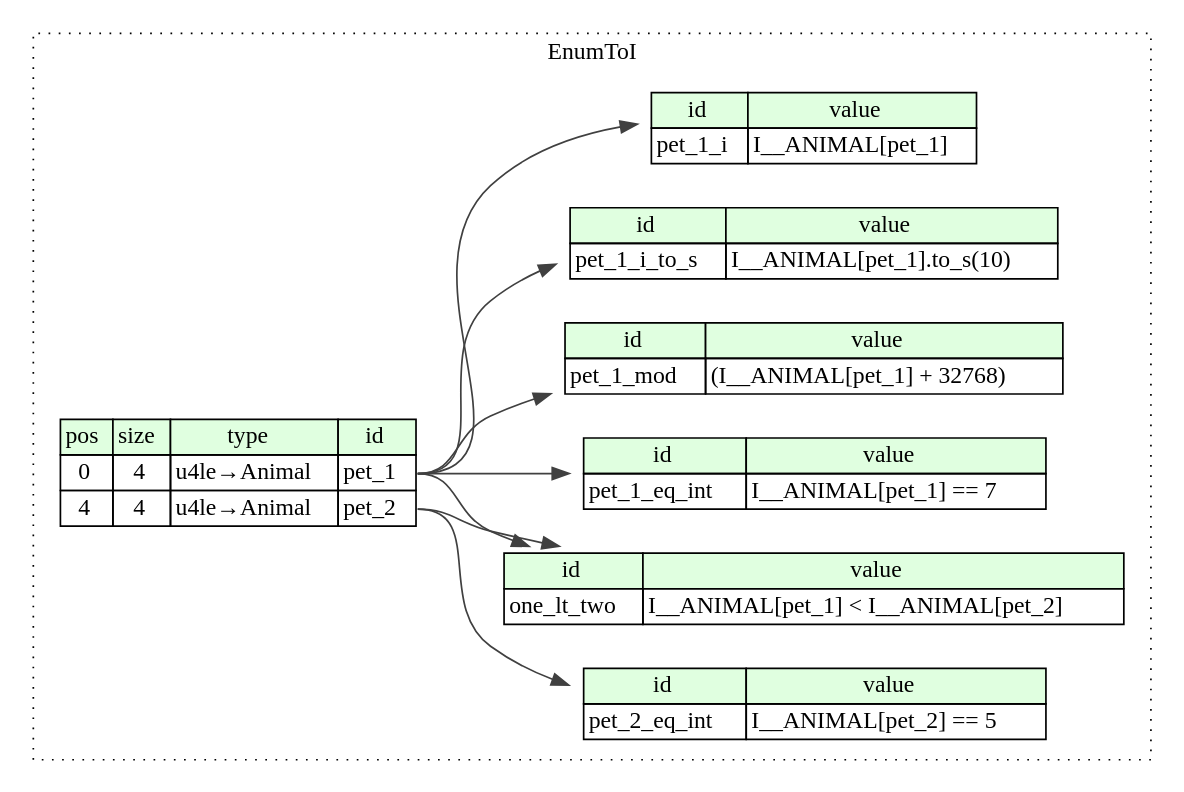
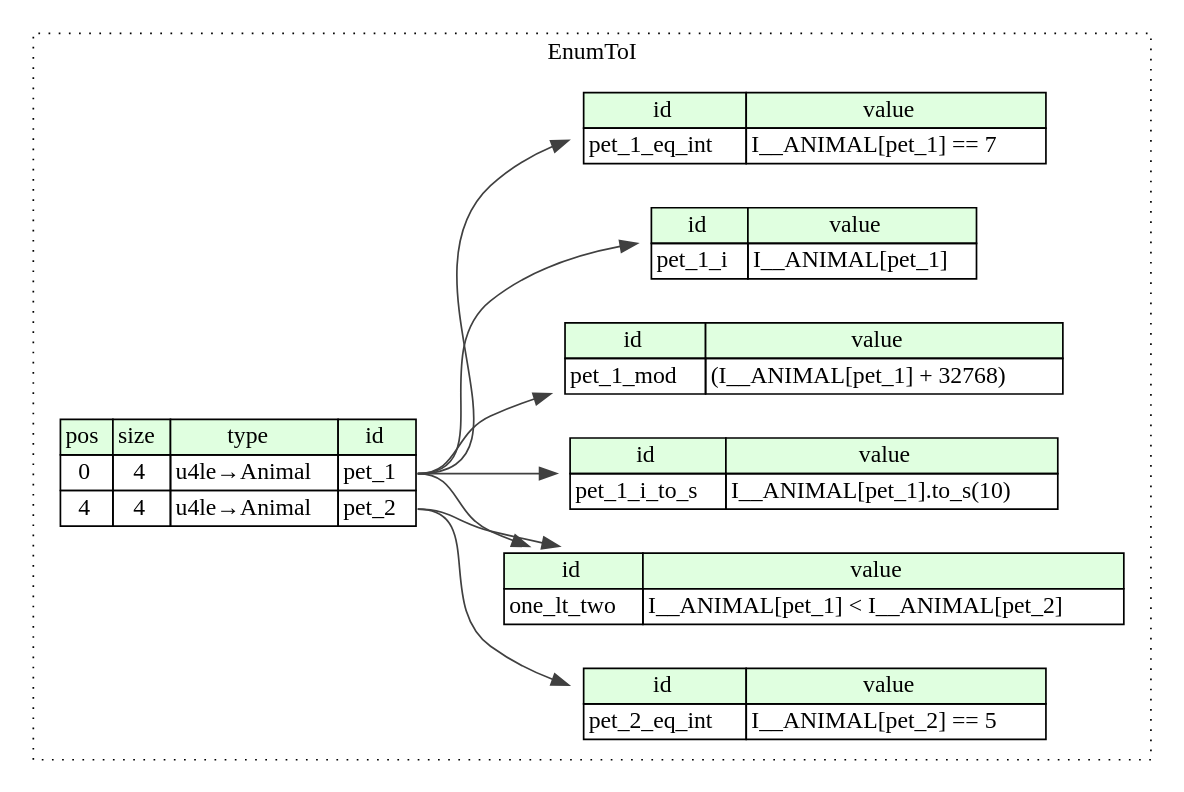
Before and after one commit to kaitai-io/ci_targets: the diagram in compiled/graphviz/enum_to_i.dot, drawn with Graphviz. The commit also changed other lines of this file and 388 other files, not shown here.

```diff
--- a/compiled/graphviz/enum_to_i.dot
+++ b/compiled/graphviz/enum_to_i.dot
@@ -1,45 +1,45 @@
 digraph {
 	rankdir=LR;
 	node [shape=plaintext];
 	subgraph cluster__enum_to_i {
 		label="EnumToI";
 		graph[style=dotted];
 
 		enum_to_i__seq [label=<<TABLE BORDER="0" CELLBORDER="1" CELLSPACING="0">
 			<TR><TD BGCOLOR="#E0FFE0">pos</TD><TD BGCOLOR="#E0FFE0">size</TD><TD BGCOLOR="#E0FFE0">type</TD><TD BGCOLOR="#E0FFE0">id</TD></TR>
 			<TR><TD PORT="pet_1_pos">0</TD><TD PORT="pet_1_size">4</TD><TD>u4le→Animal</TD><TD PORT="pet_1_type">pet_1</TD></TR>
 			<TR><TD PORT="pet_2_pos">4</TD><TD PORT="pet_2_size">4</TD><TD>u4le→Animal</TD><TD PORT="pet_2_type">pet_2</TD></TR>
 		</TABLE>>];
-		enum_to_i__inst__pet_1_i_to_s [label=<<TABLE BORDER="0" CELLBORDER="1" CELLSPACING="0">
-			<TR><TD BGCOLOR="#E0FFE0">id</TD><TD BGCOLOR="#E0FFE0">value</TD></TR>
-			<TR><TD>pet_1_i_to_s</TD><TD>I__ANIMAL[pet_1].to_s(10)</TD></TR>
-		</TABLE>>];
 		enum_to_i__inst__pet_1_i [label=<<TABLE BORDER="0" CELLBORDER="1" CELLSPACING="0">
 			<TR><TD BGCOLOR="#E0FFE0">id</TD><TD BGCOLOR="#E0FFE0">value</TD></TR>
 			<TR><TD>pet_1_i</TD><TD>I__ANIMAL[pet_1]</TD></TR>
+		</TABLE>>];
+		enum_to_i__inst__one_lt_two [label=<<TABLE BORDER="0" CELLBORDER="1" CELLSPACING="0">
+			<TR><TD BGCOLOR="#E0FFE0">id</TD><TD BGCOLOR="#E0FFE0">value</TD></TR>
+			<TR><TD>one_lt_two</TD><TD>I__ANIMAL[pet_1] &lt; I__ANIMAL[pet_2]</TD></TR>
 		</TABLE>>];
 		enum_to_i__inst__pet_1_eq_int [label=<<TABLE BORDER="0" CELLBORDER="1" CELLSPACING="0">
 			<TR><TD BGCOLOR="#E0FFE0">id</TD><TD BGCOLOR="#E0FFE0">value</TD></TR>
 			<TR><TD>pet_1_eq_int</TD><TD>I__ANIMAL[pet_1] == 7</TD></TR>
 		</TABLE>>];
-		enum_to_i__inst__one_lt_two [label=<<TABLE BORDER="0" CELLBORDER="1" CELLSPACING="0">
+		enum_to_i__inst__pet_1_i_to_s [label=<<TABLE BORDER="0" CELLBORDER="1" CELLSPACING="0">
 			<TR><TD BGCOLOR="#E0FFE0">id</TD><TD BGCOLOR="#E0FFE0">value</TD></TR>
-			<TR><TD>one_lt_two</TD><TD>I__ANIMAL[pet_1] &lt; I__ANIMAL[pet_2]</TD></TR>
+			<TR><TD>pet_1_i_to_s</TD><TD>I__ANIMAL[pet_1].to_s(10)</TD></TR>
+		</TABLE>>];
+		enum_to_i__inst__pet_2_eq_int [label=<<TABLE BORDER="0" CELLBORDER="1" CELLSPACING="0">
+			<TR><TD BGCOLOR="#E0FFE0">id</TD><TD BGCOLOR="#E0FFE0">value</TD></TR>
+			<TR><TD>pet_2_eq_int</TD><TD>I__ANIMAL[pet_2] == 5</TD></TR>
 		</TABLE>>];
 		enum_to_i__inst__pet_1_mod [label=<<TABLE BORDER="0" CELLBORDER="1" CELLSPACING="0">
 			<TR><TD BGCOLOR="#E0FFE0">id</TD><TD BGCOLOR="#E0FFE0">value</TD></TR>
 			<TR><TD>pet_1_mod</TD><TD>(I__ANIMAL[pet_1] + 32768)</TD></TR>
 		</TABLE>>];
-		enum_to_i__inst__pet_2_eq_int [label=<<TABLE BORDER="0" CELLBORDER="1" CELLSPACING="0">
-			<TR><TD BGCOLOR="#E0FFE0">id</TD><TD BGCOLOR="#E0FFE0">value</TD></TR>
-			<TR><TD>pet_2_eq_int</TD><TD>I__ANIMAL[pet_2] == 5</TD></TR>
-		</TABLE>>];
 	}
-	enum_to_i__seq:pet_1_type -> enum_to_i__inst__pet_1_i_to_s [color="#404040"];
 	enum_to_i__seq:pet_1_type -> enum_to_i__inst__pet_1_i [color="#404040"];
-	enum_to_i__seq:pet_1_type -> enum_to_i__inst__pet_1_eq_int [color="#404040"];
 	enum_to_i__seq:pet_1_type -> enum_to_i__inst__one_lt_two [color="#404040"];
 	enum_to_i__seq:pet_2_type -> enum_to_i__inst__one_lt_two [color="#404040"];
+	enum_to_i__seq:pet_1_type -> enum_to_i__inst__pet_1_eq_int [color="#404040"];
+	enum_to_i__seq:pet_1_type -> enum_to_i__inst__pet_1_i_to_s [color="#404040"];
+	enum_to_i__seq:pet_2_type -> enum_to_i__inst__pet_2_eq_int [color="#404040"];
 	enum_to_i__seq:pet_1_type -> enum_to_i__inst__pet_1_mod [color="#404040"];
-	enum_to_i__seq:pet_2_type -> enum_to_i__inst__pet_2_eq_int [color="#404040"];
 }
```
